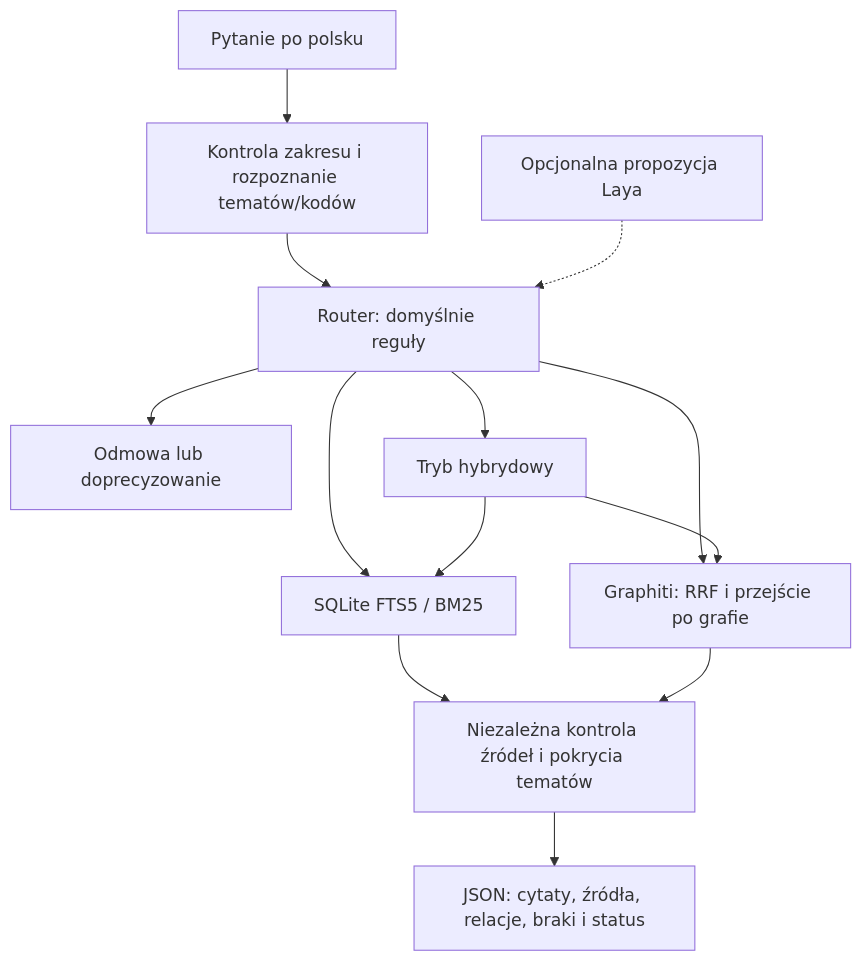
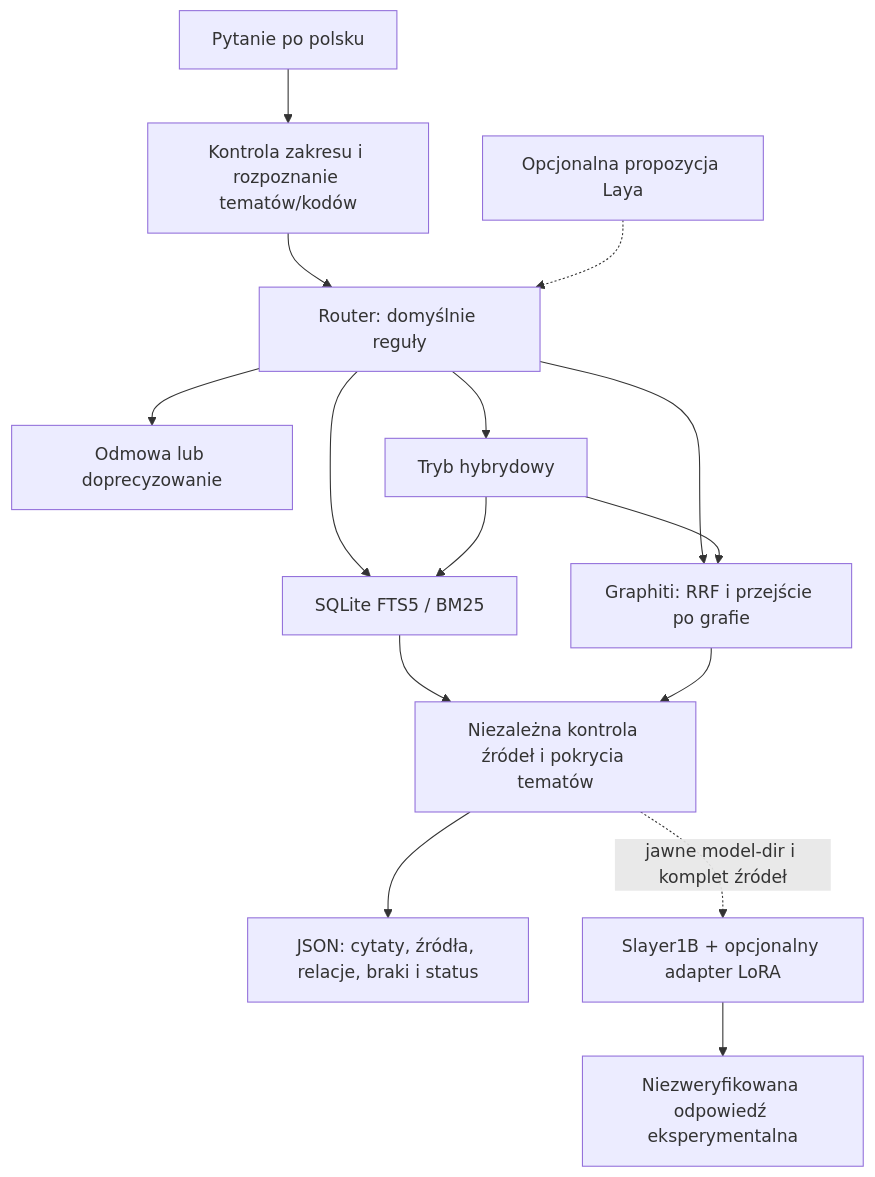
One commit to PiotrStyla/Machinery_Instruction_Assistent changed the diagram in README.md. Above: the diagram before and after it, drawn with Mermaid. The commit also changed other lines of this file and 64 other files, not shown here.

````diff
--- a/README.md
+++ b/README.md
@@ -57,15 +59,17 @@
 ```mermaid
 flowchart TD
     Q["Pytanie po polsku"] --> S["Kontrola zakresu i rozpoznanie tematów/kodów"]
     S --> D["Router: domyślnie reguły"]
     L["Opcjonalna propozycja Laya"] -.-> D
     D --> F["Odmowa lub doprecyzowanie"]
     D --> X["SQLite FTS5 / BM25"]
     D --> G["Graphiti: RRF i przejście po grafie"]
     D --> H["Tryb hybrydowy"]
     H --> X
     H --> G
     X --> E["Niezależna kontrola źródeł i pokrycia tematów"]
     G --> E
     E --> O["JSON: cytaty, źródła, relacje, braki i status"]
+    E -. "jawne model-dir i komplet źródeł" .-> M["Slayer1B + opcjonalny adapter LoRA"]
+    M --> U["Niezweryfikowana odpowiedź eksperymentalna"]
 ```
````
